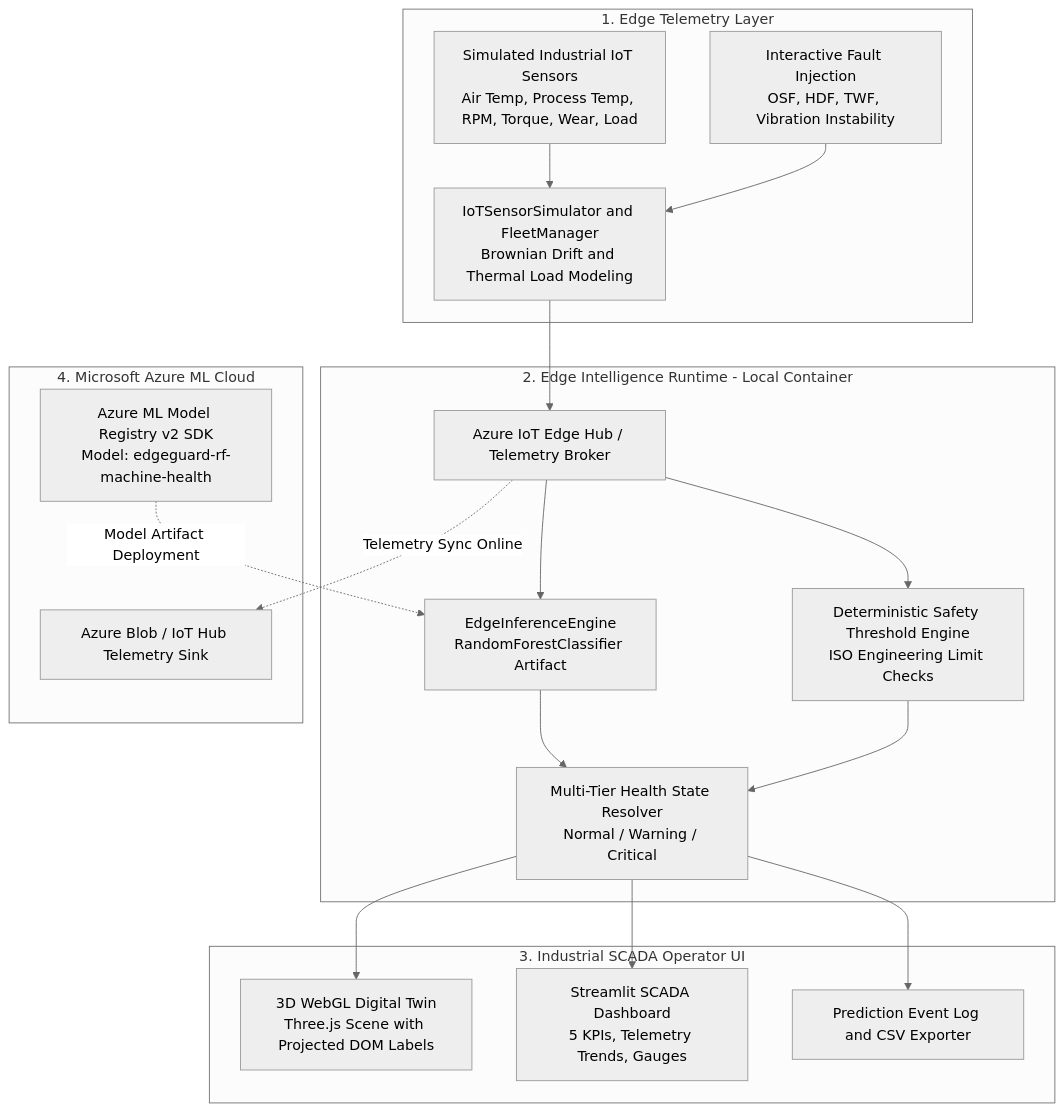
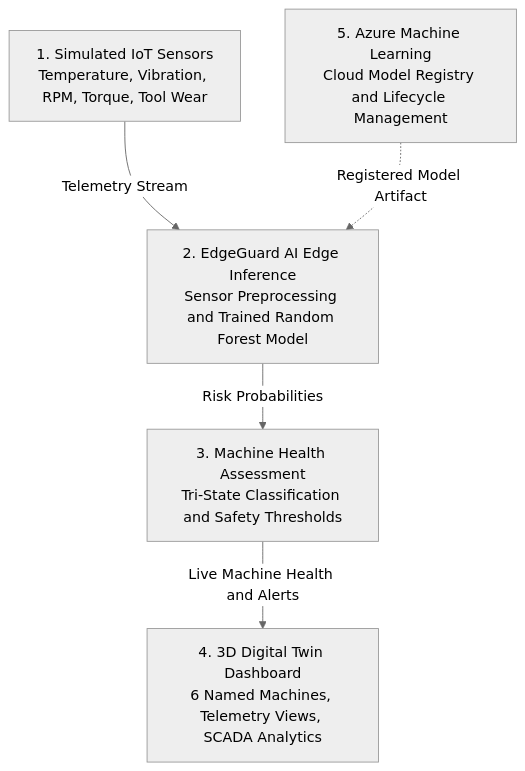
The diagram in README.md (shrushti96-dot/EdgeGuard-AI), drawn with Mermaid (neutral theme) before and after one commit. The commit also changed other lines of this file, not shown here.

Commit message:
Redesign System Architecture into clean 5-stage flowchart

````diff
--- a/README.md
+++ b/README.md
@@ -55,39 +55,13 @@
 ```mermaid
 flowchart TD
-    subgraph Layer1 ["1. Edge Telemetry Layer"]
-        Sensors["Simulated Industrial IoT Sensors<br/>Air Temp, Process Temp, RPM, Torque, Wear, Load"]
-        Simulator["IoTSensorSimulator and FleetManager<br/>Brownian Drift and Thermal Load Modeling"]
-        FaultEngine["Interactive Fault Injection<br/>OSF, HDF, TWF, Vibration Instability"]
-    end
+    Sensors["1. Simulated IoT Sensors<br/>Temperature, Vibration, RPM, Torque, Tool Wear"]
+    Inference["2. EdgeGuard AI Edge Inference<br/>Sensor Preprocessing and Trained Random Forest Model"]
+    Assessment["3. Machine Health Assessment<br/>Tri-State Classification and Safety Thresholds"]
+    Dashboard["4. 3D Digital Twin Dashboard<br/>6 Named Machines, Telemetry Views, SCADA Analytics"]
+    AzureML["5. Azure Machine Learning<br/>Cloud Model Registry and Lifecycle Management"]
 
-    subgraph Layer2 ["2. Edge Intelligence Runtime - Local Container"]
-        EdgeHub["Azure IoT Edge Hub / Telemetry Broker"]
-        InferenceEngine["EdgeInferenceEngine<br/>RandomForestClassifier Artifact"]
-        SafetyRules["Deterministic Safety Threshold Engine<br/>ISO Engineering Limit Checks"]
-        Classifier["Multi-Tier Health State Resolver<br/>Normal / Warning / Critical"]
-    end
-
-    subgraph Layer3 ["3. Industrial SCADA Operator UI"]
-        ThreeJS["3D WebGL Digital Twin<br/>Three.js Scene with Projected DOM Labels"]
-        Dashboard["Streamlit SCADA Dashboard<br/>5 KPIs, Telemetry Trends, Gauges"]
-        EventLog["Prediction Event Log and CSV Exporter"]
-    end
-
-    subgraph Layer4 ["4. Microsoft Azure ML Cloud"]
-        Registry["Azure ML Model Registry v2 SDK<br/>Model: edgeguard-rf-machine-health"]
-        CloudStorage["Azure Blob / IoT Hub Telemetry Sink"]
-    end
-
-    Sensors --> Simulator
-    FaultEngine --> Simulator
-    Simulator --> EdgeHub
-    EdgeHub --> InferenceEngine
-    EdgeHub --> SafetyRules
-    InferenceEngine --> Classifier
-    SafetyRules --> Classifier
-    Classifier --> ThreeJS
-    Classifier --> Dashboard
-    Classifier --> EventLog
-    Registry -.->|Model Artifact Deployment| InferenceEngine
-    EdgeHub -.->|Telemetry Sync Online| CloudStorage
+    Sensors -->|Telemetry Stream| Inference
+    AzureML -.->|Registered Model Artifact| Inference
+    Inference -->|Risk Probabilities| Assessment
+    Assessment -->|Live Machine Health and Alerts| Dashboard
 ```
````
